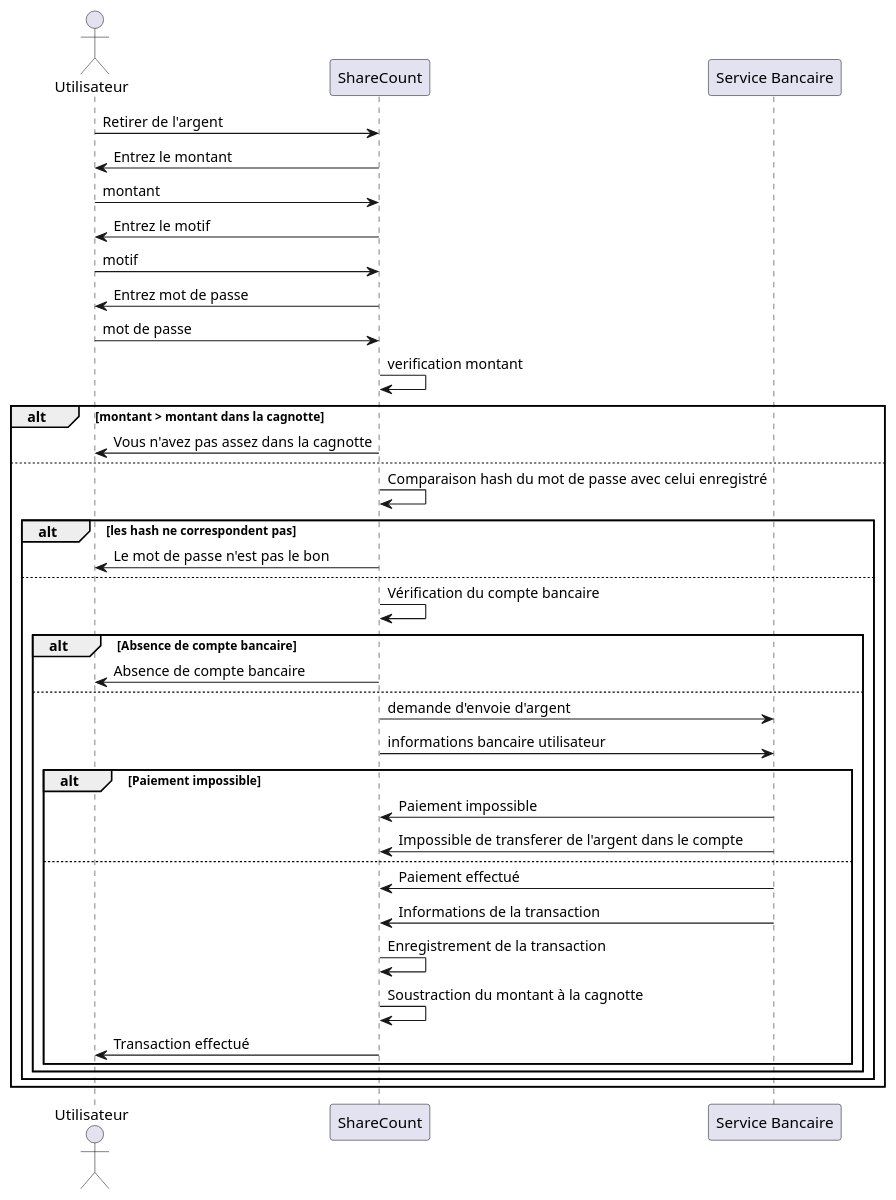
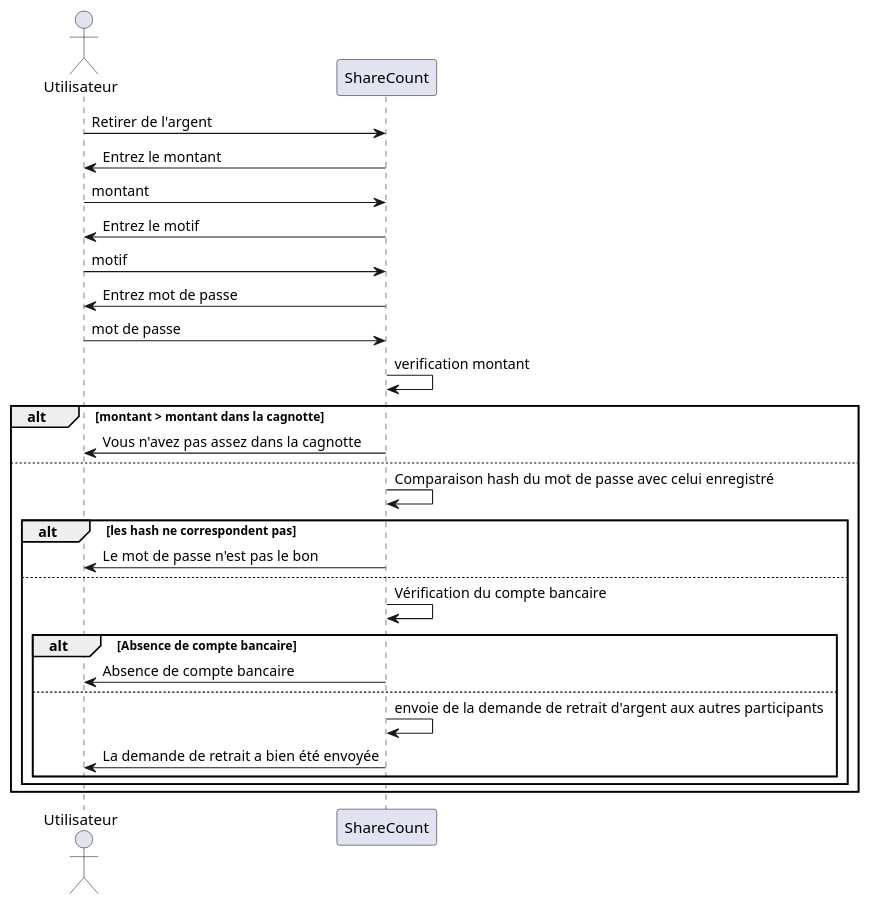
One commit to lmtb06/sharecount changed the diagram in diagrammes/specification/sequence/cagnotte/retirer-argent.puml. Above: the diagram before and after it, drawn with PlantUML. The commit also changed 24 other files, not shown here.

Commit message:
Mis à jour diagramme de séquence et de cas d'utilisation

```diff
--- a/diagrammes/specification/sequence/cagnotte/retirer-argent.puml
+++ b/diagrammes/specification/sequence/cagnotte/retirer-argent.puml
@@ -1,44 +1,33 @@
 @startuml  Retirer de l'argent
 
 actor Utilisateur as user
 participant ShareCount as sc
-participant "Service Bancaire" as sb
 
 user -> sc : Retirer de l'argent
 sc -> user : Entrez le montant
 user -> sc : montant
 sc -> user : Entrez le motif
 user -> sc : motif
 user <- sc : Entrez mot de passe
 user -> sc : mot de passe
 sc -> sc : verification montant
 alt montant > montant dans la cagnotte
 user <- sc : Vous n'avez pas assez dans la cagnotte
 else
 sc -> sc : Comparaison hash du mot de passe avec celui enregistré
 alt les hash ne correspondent pas
 user <- sc : Le mot de passe n'est pas le bon
 else
 sc -> sc : Vérification du compte bancaire
 
 alt Absence de compte bancaire
 sc -> user : Absence de compte bancaire
 else
 
-sc -> sb 	: demande d'envoie d'argent
-sc -> sb 	: informations bancaire utilisateur
-alt Paiement impossible
-sc <- sb 	: Paiement impossible
-sc <- sb 	: Impossible de transferer de l'argent dans le compte
-else
-sc <- sb 	:  Paiement effectué
-sc <- sb 	:  Informations de la transaction
-sc -> sc   : Enregistrement de la transaction
-sc -> sc   : Soustraction du montant à la cagnotte
-sc -> user : Transaction effectué
-end
+sc -> sc 	: envoie de la demande de retrait d'argent aux autres participants
+sc -> user : La demande de retrait a bien été envoyée
 end
 end
 end
 
 @enduml
```
